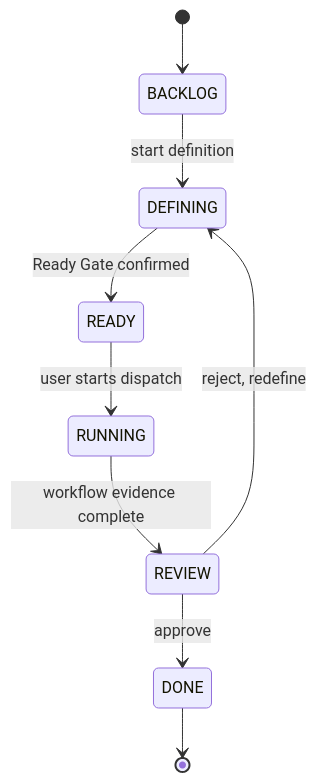
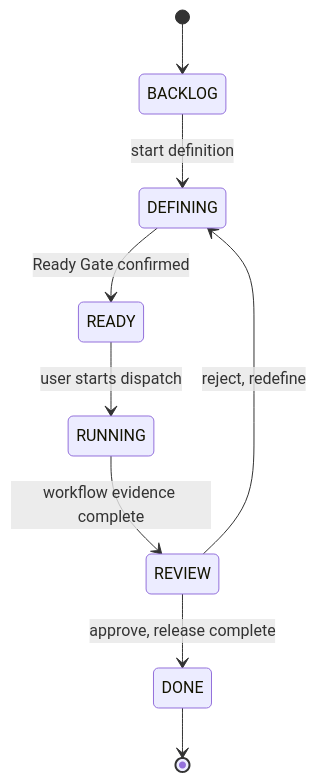
The third of 14 diagrams in docs/grimo/PRD.md (samzhu/grimoAPP), drawn with Mermaid before and after one commit. The commit also changed other lines of this file and 29 other files, not shown here.

````diff
--- a/docs/grimo/PRD.md
+++ b/docs/grimo/PRD.md
@@ -79,11 +80,11 @@
 ```mermaid
 stateDiagram-v2
   [*] --> BACKLOG
   BACKLOG --> DEFINING: start definition
   DEFINING --> READY: Ready Gate confirmed
   READY --> RUNNING: user starts dispatch
   RUNNING --> REVIEW: workflow evidence complete
-  REVIEW --> DONE: approve
+  REVIEW --> DONE: approve, release complete
   REVIEW --> DEFINING: reject, redefine
   DONE --> [*]
 ```
````
